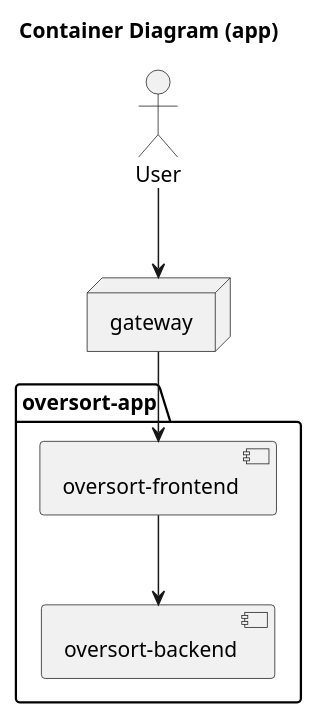
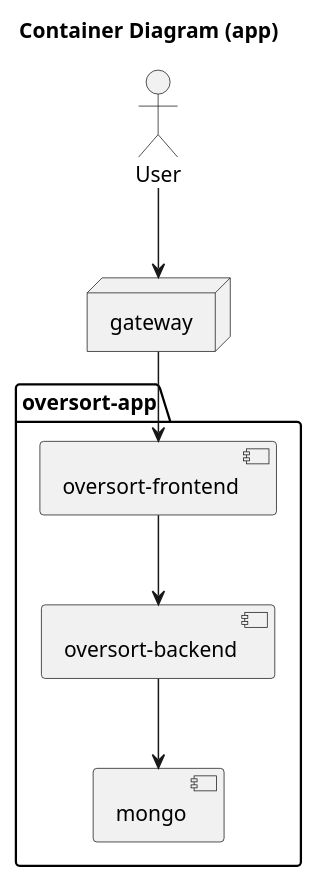
The diagram in docs/diagrams/container_app.puml (jamro/oversort), drawn with PlantUML before and after one commit. The commit also changed 24 other files, not shown here.

```diff
--- a/docs/diagrams/container_app.puml
+++ b/docs/diagrams/container_app.puml
@@ -1,17 +1,20 @@
 @startuml
 
 title Container Diagram (app)
 
 actor User
 node gateway
 
 package "oversort-app" {
   [oversort-frontend]
   [oversort-backend]
+  [mongo]
   [oversort-frontend] --> [oversort-backend]
+  [oversort-backend] --> [mongo]
+
 }
 
 User --> [gateway]
 [gateway] --> [oversort-frontend]
 
 @enduml
```
